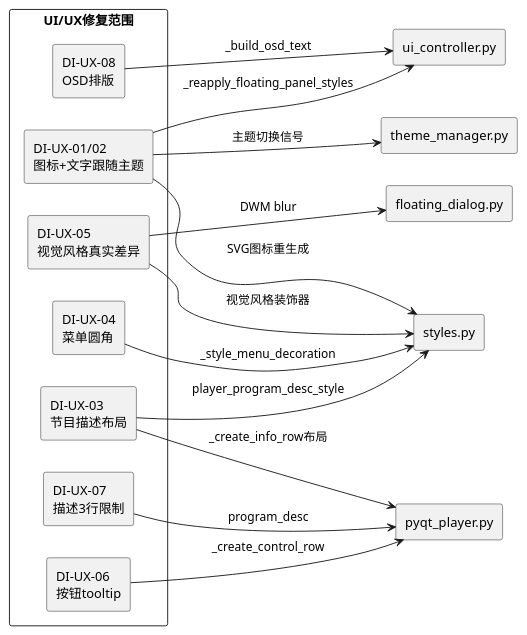
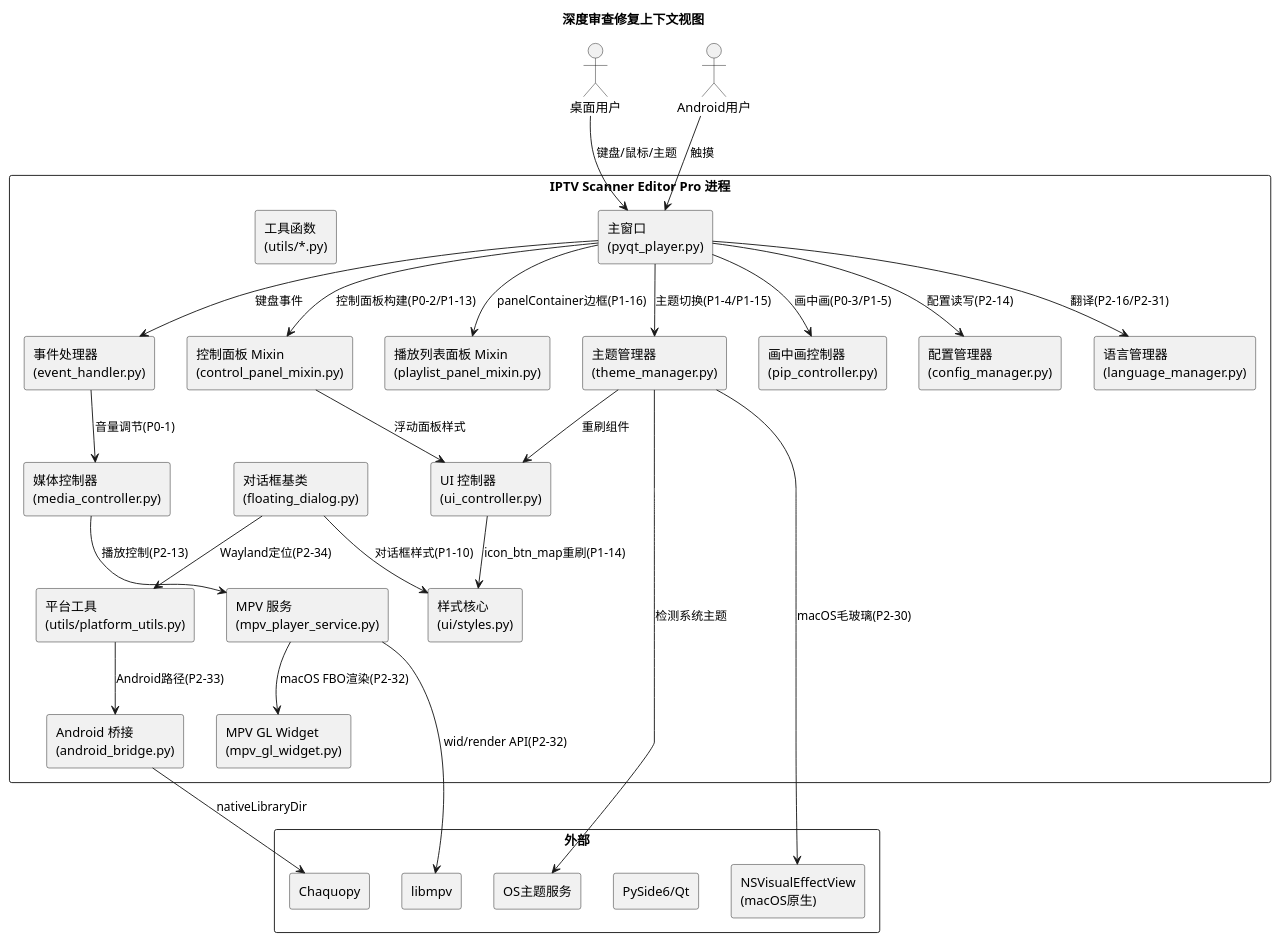
Before and after one commit to sumingyd/IPTV-Scanner-Editor-Pro: the first of 11 diagrams in .codeartsdoer/specs/deep-inspection/design.md, drawn with PlantUML. The commit also changed other lines of this file, not shown here.

````diff
--- a/.codeartsdoer/specs/deep-inspection/design.md
+++ b/.codeartsdoer/specs/deep-inspection/design.md
@@ -13,31 +251,60 @@
 ```plantuml
-@startuml
-left to right direction
-rectangle "UI/UX修复范围" as Fix {
-  rectangle "DI-UX-01/02\n图标+文字跟随主题" as IconText
-  rectangle "DI-UX-03\n节目描述布局" as Desc
-  rectangle "DI-UX-04\n菜单圆角" as Menu
-  rectangle "DI-UX-05\n视觉风格真实差异" as Style
-  rectangle "DI-UX-06\n按钮tooltip" as Tooltip
-  rectangle "DI-UX-07\n描述3行限制" as Lines
-  rectangle "DI-UX-08\nOSD排版" as OSD
+@startuml context
+title 深度审查修复上下文视图
+skinparam componentStyle rectangle
+
+actor "桌面用户" as user
+actor "Android用户" as au
+
+rectangle "IPTV Scanner Editor Pro 进程" {
+  component "主窗口\n(pyqt_player.py)" as MW
+  component "事件处理器\n(event_handler.py)" as EH
+  component "控制面板 Mixin\n(control_panel_mixin.py)" as CPM
+  component "播放列表面板 Mixin\n(playlist_panel_mixin.py)" as PPM
+  component "UI 控制器\n(ui_controller.py)" as UIC
+  component "主题管理器\n(theme_manager.py)" as TM
+  component "画中画控制器\n(pip_controller.py)" as PIP
+  component "媒体控制器\n(media_controller.py)" as MC
+  component "MPV 服务\n(mpv_player_service.py)" as MPV
+  component "MPV GL Widget\n(mpv_gl_widget.py)" as GLW
+  component "配置管理器\n(config_manager.py)" as CM
+  component "语言管理器\n(language_manager.py)" as LM
+  component "样式核心\n(ui/styles.py)" as STY
+  component "对话框基类\n(floating_dialog.py)" as FD
+  component "平台工具\n(utils/platform_utils.py)" as PU
+  component "工具函数\n(utils/*.py)" as UT
+  component "Android 桥接\n(android_bridge.py)" as AB
 }
-rectangle "styles.py" as Styles
-rectangle "theme_manager.py" as Theme
-rectangle "ui_controller.py" as UICtrl
-rectangle "pyqt_player.py" as Player
-rectangle "floating_dialog.py" as Float
 
-IconText --> Styles : SVG图标重生成
-IconText --> Theme : 主题切换信号
-IconText --> UICtrl : _reapply_floating_panel_styles
-Desc --> Player : _create_info_row布局
-Desc --> Styles : player_program_desc_style
-Menu --> Styles : _style_menu_decoration
-Style --> Styles : 视觉风格装饰器
-Style --> Float : DWM blur
-Tooltip --> Player : _create_control_row
-Lines --> Player : program_desc
-OSD --> UICtrl : _build_osd_text
+rectangle "外部" {
+  component "libmpv" as LIB
+  component "PySide6/Qt" as QT
+  component "OS主题服务" as OS
+  component "Chaquopy" as CHQ
+  component "NSVisualEffectView\n(macOS原生)" as NSV
+}
+
+user --> MW : 键盘/鼠标/主题
+au --> MW : 触摸
+MW --> EH : 键盘事件
+EH --> MC : 音量调节(P0-1)
+MW --> CPM : 控制面板构建(P0-2/P1-13)
+MW --> PPM : panelContainer边框(P1-16)
+CPM --> UIC : 浮动面板样式
+UIC --> STY : icon_btn_map重刷(P1-14)
+MW --> TM : 主题切换(P1-4/P1-15)
+TM --> UIC : 重刷组件
+TM --> OS : 检测系统主题
+TM --> NSV : macOS毛玻璃(P2-30)
+MW --> PIP : 画中画(P0-3/P1-5)
+MC --> MPV : 播放控制(P2-13)
+MPV --> LIB : wid/render API(P2-32)
+MPV --> GLW : macOS FBO渲染(P2-32)
+MW --> CM : 配置读写(P2-14)
+MW --> LM : 翻译(P2-16/P2-31)
+FD --> STY : 对话框样式(P1-10)
+FD --> PU : Wayland定位(P2-34)
+PU --> AB : Android路径(P2-33)
+AB --> CHQ : nativeLibraryDir
 @enduml
 ```
````
